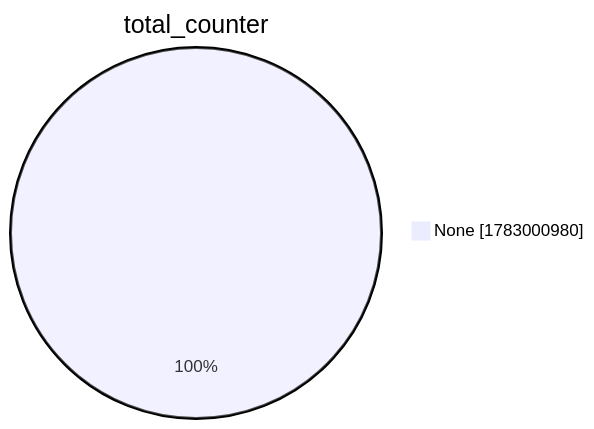
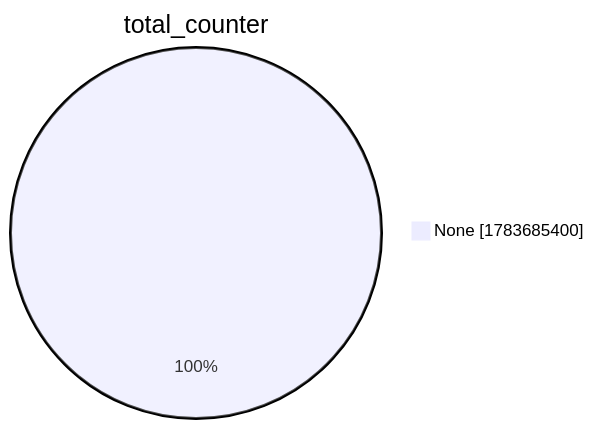
One commit to christiankrug/ctmonitor_visualization changed the second of 15 diagrams in xenon2022/README.md. Above: the diagram before and after it, drawn with Mermaid. The commit also changed other lines of this file, not shown here.

````diff
--- a/xenon2022/README.md
+++ b/xenon2022/README.md
@@ -9,5 +9,5 @@
 ```mermaid
 pie showData
 title total_counter
-"None" :1783000980
+"None" :1783685400
 ```
````
